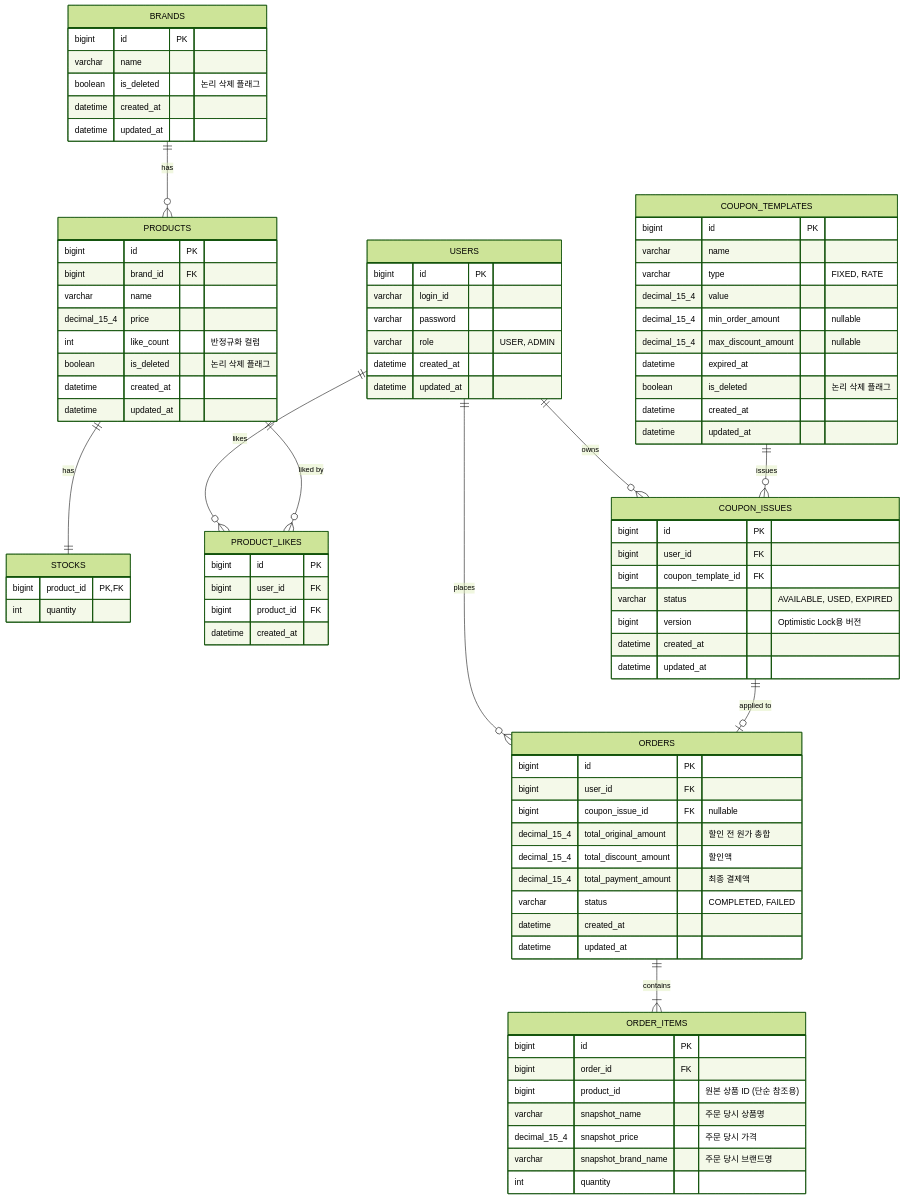
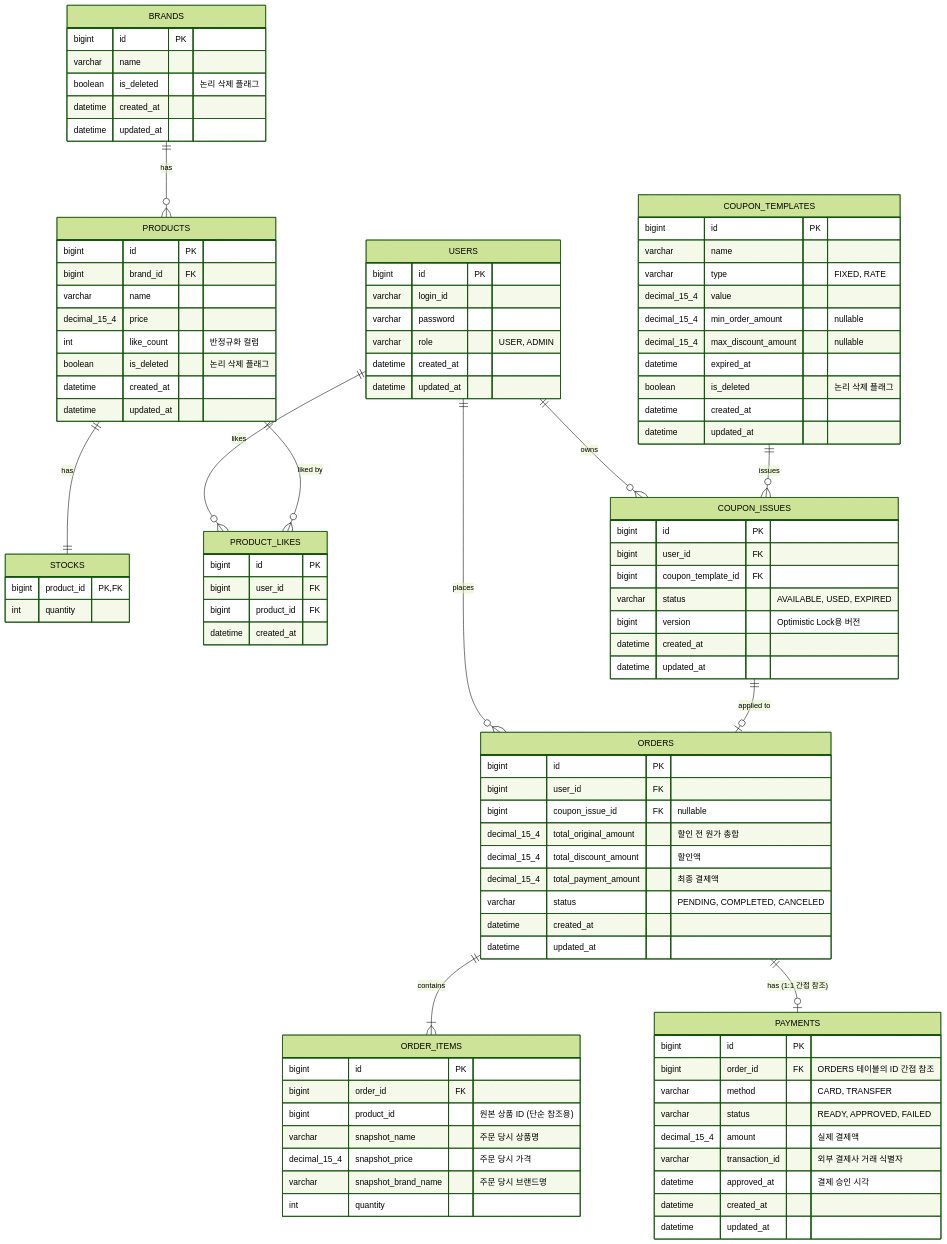
Before and after one commit to loopers-labs/loop-pack-be-l2-vol4-java: the diagram in docs/week2/04-erd.md, drawn with Mermaid (forest theme). The commit also changed 4 other files, not shown here.

````diff
--- a/docs/week2/04-erd.md
+++ b/docs/week2/04-erd.md
@@ -71,7 +71,19 @@
         decimal_15_4 total_original_amount "할인 전 원가 총합"
         decimal_15_4 total_discount_amount "할인액"
         decimal_15_4 total_payment_amount "최종 결제액"
-        varchar status "COMPLETED, FAILED"
+        varchar status "PENDING, COMPLETED, CANCELED"
+        datetime created_at
+        datetime updated_at
+    }
+
+    PAYMENTS {
+        bigint id PK
+        bigint order_id FK "ORDERS 테이블의 ID 간접 참조"
+        varchar method "CARD, TRANSFER"
+        varchar status "READY, APPROVED, FAILED"
+        decimal_15_4 amount "실제 결제액"
+        varchar transaction_id "외부 결제사 거래 식별자"
+        datetime approved_at "결제 승인 시각"
         datetime created_at
         datetime updated_at
     }
@@ -96,4 +108,5 @@
     USERS ||--o{ COUPON_ISSUES : "owns"
     COUPON_TEMPLATES ||--o{ COUPON_ISSUES : "issues"
     COUPON_ISSUES ||--o| ORDERS : "applied to"
+    ORDERS ||--o| PAYMENTS : "has (1:1 간접 참조)"
 ```
````
